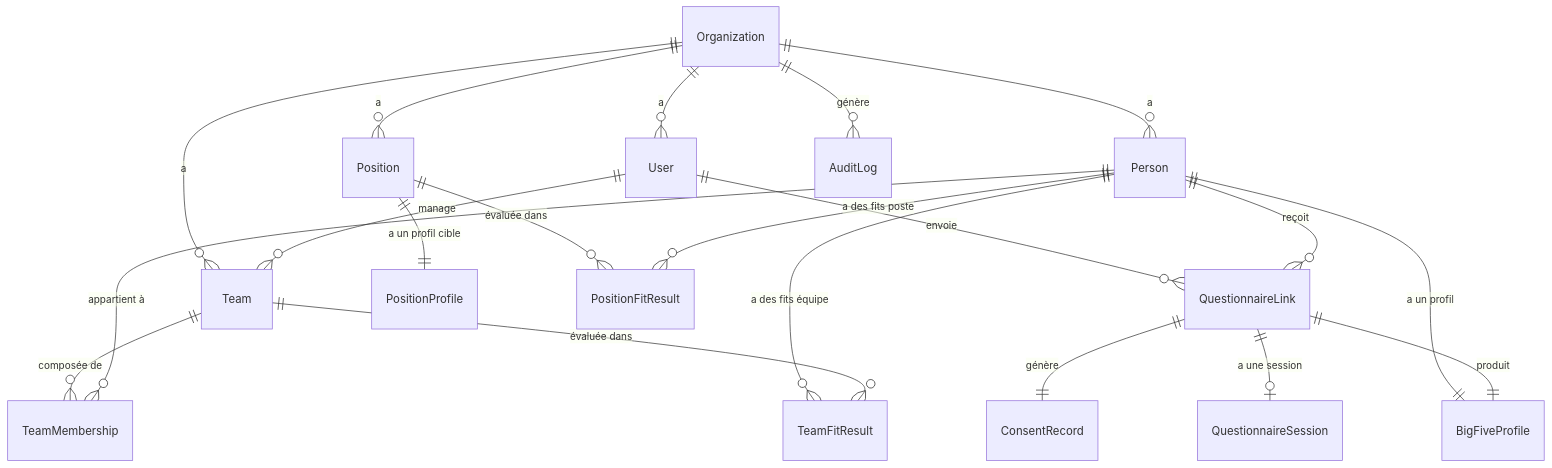
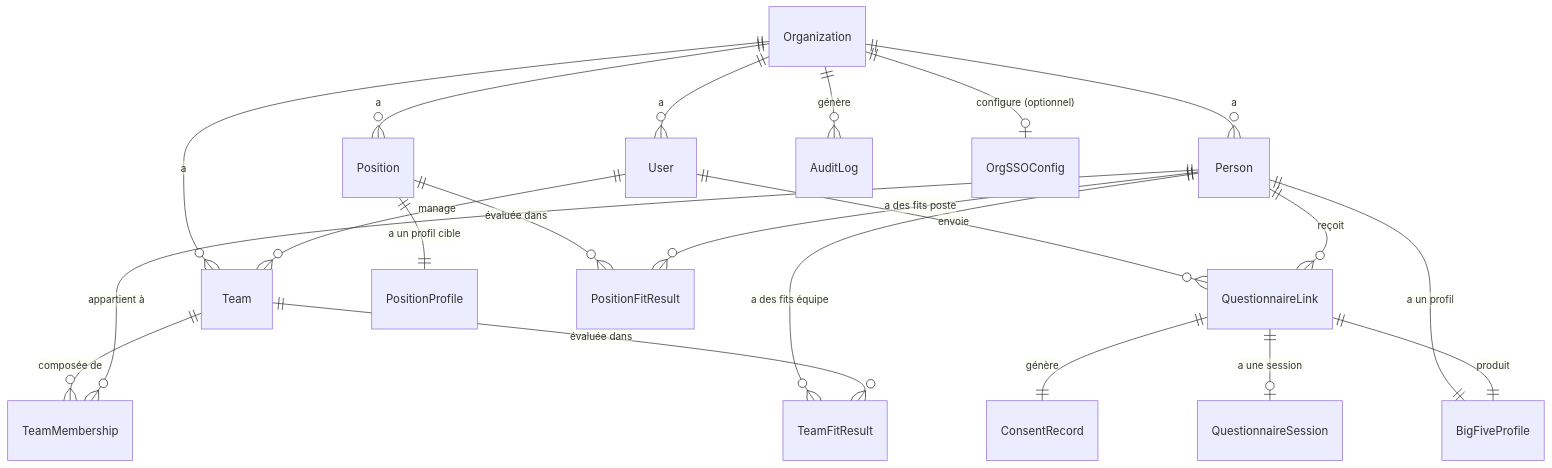
One commit to adams43360/FitRadarHR changed the diagram in docs/technical/schema.md. Above: the diagram before and after it, drawn with Mermaid. The commit also changed other lines of this file and 22 other files, not shown here.

First line of the commit message:
feat: SSO Keycloak/OIDC par organisation (roadmap #7, US-E1-05)

````diff
--- a/docs/technical/schema.md
+++ b/docs/technical/schema.md
@@ -10,30 +10,31 @@
 ```mermaid
 erDiagram
 
     Organization ||--o{ User : "a"
     Organization ||--o{ Position : "a"
     Organization ||--o{ Team : "a"
     Organization ||--o{ Person : "a"
     Organization ||--o{ AuditLog : "génère"
+    Organization ||--o| OrgSSOConfig : "configure (optionnel)"
 
     User ||--o{ Team : "manage"
     User ||--o{ QuestionnaireLink : "envoie"
 
     Position ||--|| PositionProfile : "a un profil cible"
     Position ||--o{ PositionFitResult : "évaluée dans"
 
     Team ||--o{ TeamMembership : "composée de"
     Person ||--o{ TeamMembership : "appartient à"
 
     Person ||--o{ QuestionnaireLink : "reçoit"
     Person ||--|| BigFiveProfile : "a un profil"
 
     QuestionnaireLink ||--|| ConsentRecord : "génère"
     QuestionnaireLink ||--o| QuestionnaireSession : "a une session"
     QuestionnaireLink ||--|| BigFiveProfile : "produit"
 
     Person ||--o{ PositionFitResult : "a des fits poste"
     Person ||--o{ TeamFitResult : "a des fits équipe"
 
     Team ||--o{ TeamFitResult : "évaluée dans"
 ```
````
